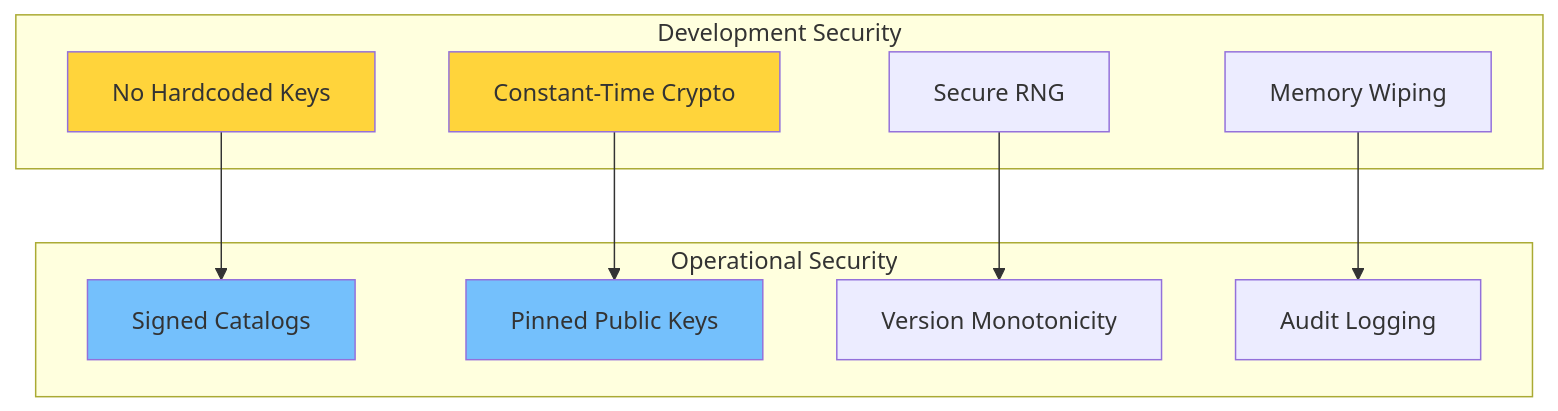
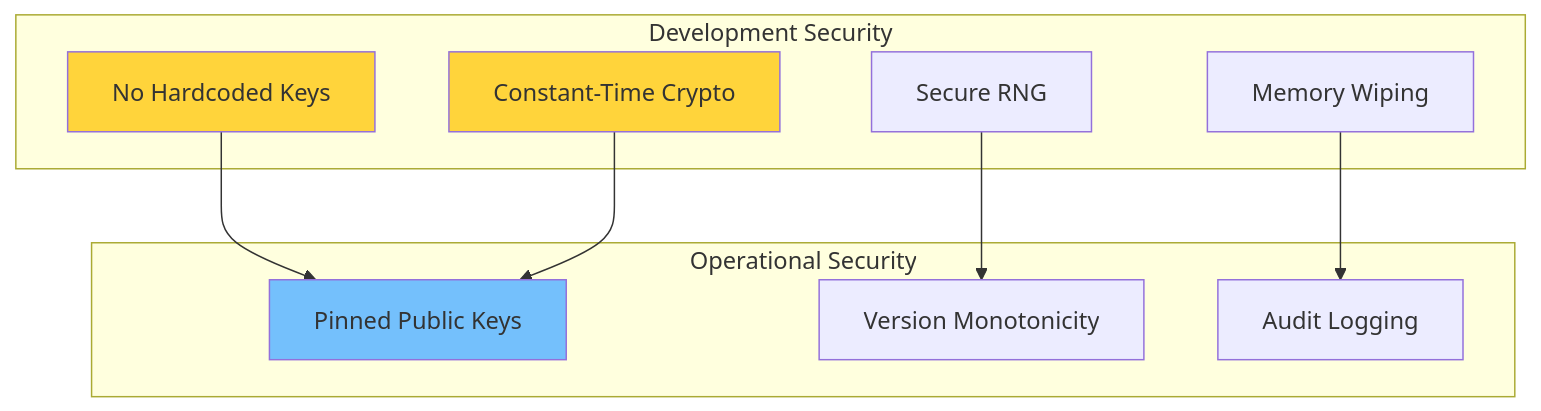
One commit to QW1CKS/qnet changed diagram 12 of 15 in README.md. Above: the diagram before and after it, drawn with Mermaid. The commit also changed other lines of this file and 21 other files, not shown here.

````diff
--- a/README.md
+++ b/README.md
@@ -598,26 +591,24 @@
 ```mermaid
 graph TB
     subgraph "Development Security"
         S1[No Hardcoded Keys]
         S2[Constant-Time Crypto]
         S3[Secure RNG]
         S4[Memory Wiping]
     end
     
     subgraph "Operational Security"
-        S5[Signed Catalogs]
         S6[Pinned Public Keys]
         S7[Version Monotonicity]
         S8[Audit Logging]
     end
     
-    S1 --> S5
+    S1 --> S6
     S2 --> S6
     S3 --> S7
     S4 --> S8
     
     style S1 fill:#ffd43b
     style S2 fill:#ffd43b
-    style S5 fill:#74c0fc
     style S6 fill:#74c0fc
 ```
````
